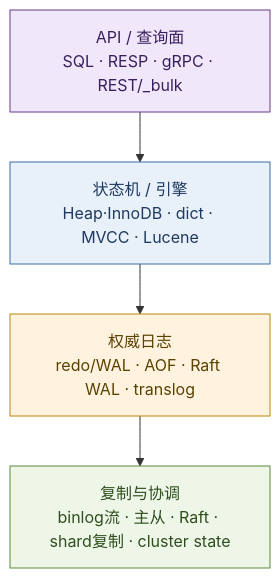
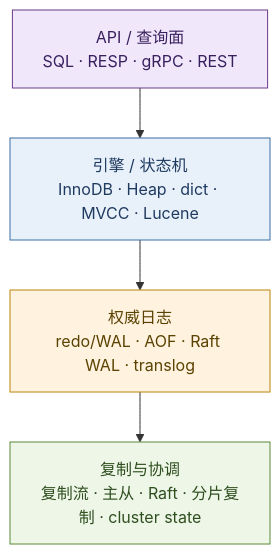
Before and after one commit to xiaxinyu/knowledge_base: the first of 6 diagrams in 20-architecture/29a-data-store-wal-mvcc-treatise.md, drawn with Mermaid. The commit also changed other lines of this file, not shown here.

````diff
--- a/20-architecture/29a-data-store-wal-mvcc-treatise.md
+++ b/20-architecture/29a-data-store-wal-mvcc-treatise.md
@@ -94,15 +97,15 @@
 ```mermaid
 flowchart TB
   classDef api fill:#f0e8fa,stroke:#6a3a8a,color:#3a1f5f
   classDef eng fill:#e8f1fa,stroke:#3b6ea5,color:#1f3a5f
   classDef log fill:#fff3e0,stroke:#b8860b,color:#5a4200
   classDef net fill:#eef6e8,stroke:#5a8a3a,color:#2f4f1f
 
-  API["API / 查询面<br/>SQL · RESP · gRPC · REST/_bulk"]:::api
-  SM["状态机 / 引擎<br/>Heap·InnoDB · dict · MVCC · Lucene"]:::eng
+  API["API / 查询面<br/>SQL · RESP · gRPC · REST"]:::api
+  SM["引擎 / 状态机<br/>InnoDB · Heap · dict · MVCC · Lucene"]:::eng
   LOG["权威日志<br/>redo/WAL · AOF · Raft WAL · translog"]:::log
-  NET["复制与协调<br/>binlog流 · 主从 · Raft · shard复制 · cluster state"]:::net
+  NET["复制与协调<br/>复制流 · 主从 · Raft · 分片复制 · cluster state"]:::net
   API --> SM
   SM --> LOG
   LOG --> NET
 ```
````
